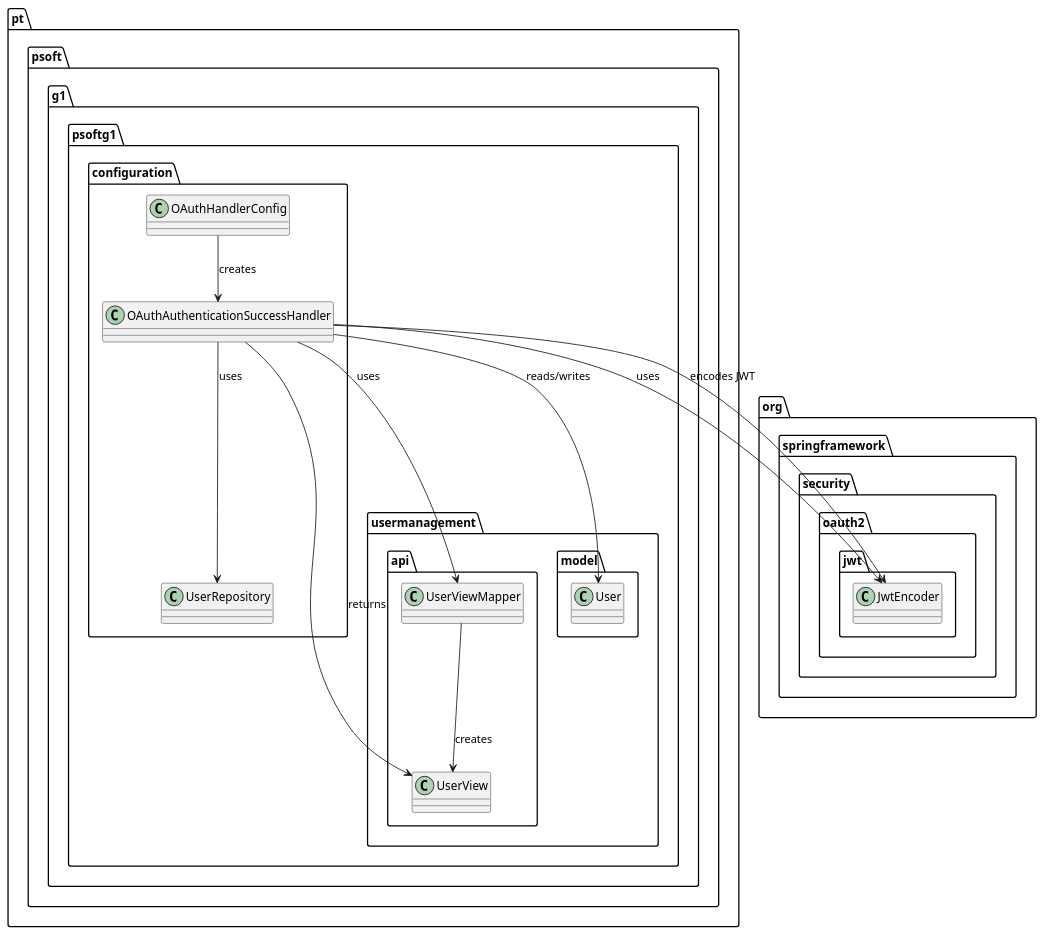
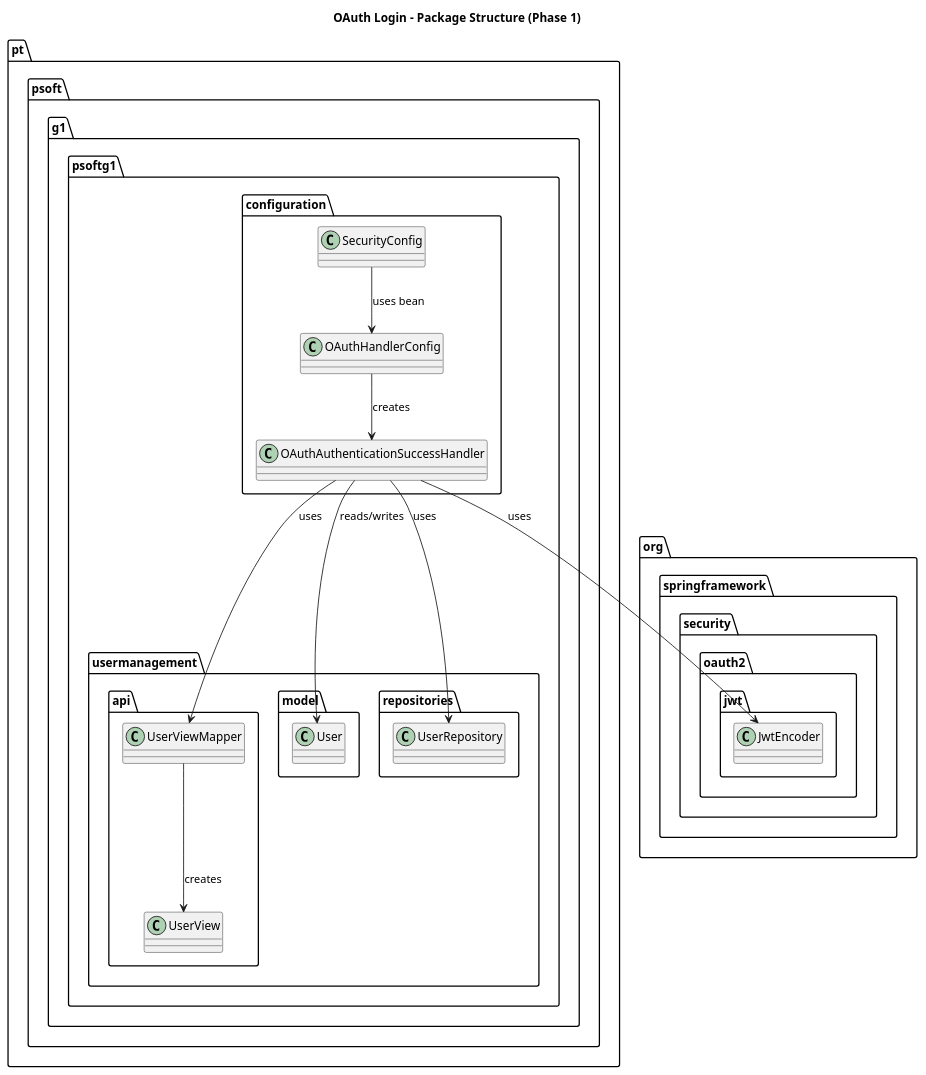
The diagram in Docs/Architecture_files/Phase_1/diagrams/OAuthLoginFlow/PackageDiagram.puml (MaximeSchuybroeck/ARQSOFT_August), drawn with PlantUML before and after one commit. The commit also changed 18 other files, not shown here.

Commit message:
Updated software-architecture files for both phases. PHASE 1: added UML-diagram description .md documents, added design-alternatives.md file, updated OAuthLoginFlow UML-diagrams with the current logic, added access instructions. PHASE 2: added access instructions

```diff
--- a/Docs/Architecture_files/Phase_1/diagrams/OAuthLoginFlow/PackageDiagram.puml
+++ b/Docs/Architecture_files/Phase_1/diagrams/OAuthLoginFlow/PackageDiagram.puml
@@ -1,30 +1,37 @@
 @startuml
+title OAuth Login – Package Structure (Phase 1)
+
 package pt.psoft.g1.psoftg1.configuration {
+  class SecurityConfig
+  class OAuthHandlerConfig
   class OAuthAuthenticationSuccessHandler
-  class OAuthHandlerConfig
-  class UserRepository
 }
 
 package pt.psoft.g1.psoftg1.usermanagement.api {
   class UserView
   class UserViewMapper
 }
 
 package pt.psoft.g1.psoftg1.usermanagement.model {
   class User
 }
 
+package pt.psoft.g1.psoftg1.usermanagement.repositories {
+  class UserRepository
+}
+
 package org.springframework.security.oauth2.jwt {
   class JwtEncoder
 }
 
+' --- relationships ---
+SecurityConfig --> OAuthHandlerConfig : uses bean
 OAuthHandlerConfig --> OAuthAuthenticationSuccessHandler : creates
+
 OAuthAuthenticationSuccessHandler --> UserRepository : uses
 OAuthAuthenticationSuccessHandler --> JwtEncoder : uses
 OAuthAuthenticationSuccessHandler --> UserViewMapper : uses
 OAuthAuthenticationSuccessHandler --> User : reads/writes
-OAuthAuthenticationSuccessHandler --> UserView : returns
 UserViewMapper --> UserView : creates
-OAuthAuthenticationSuccessHandler --> JwtEncoder : encodes JWT
 
 @enduml
```
